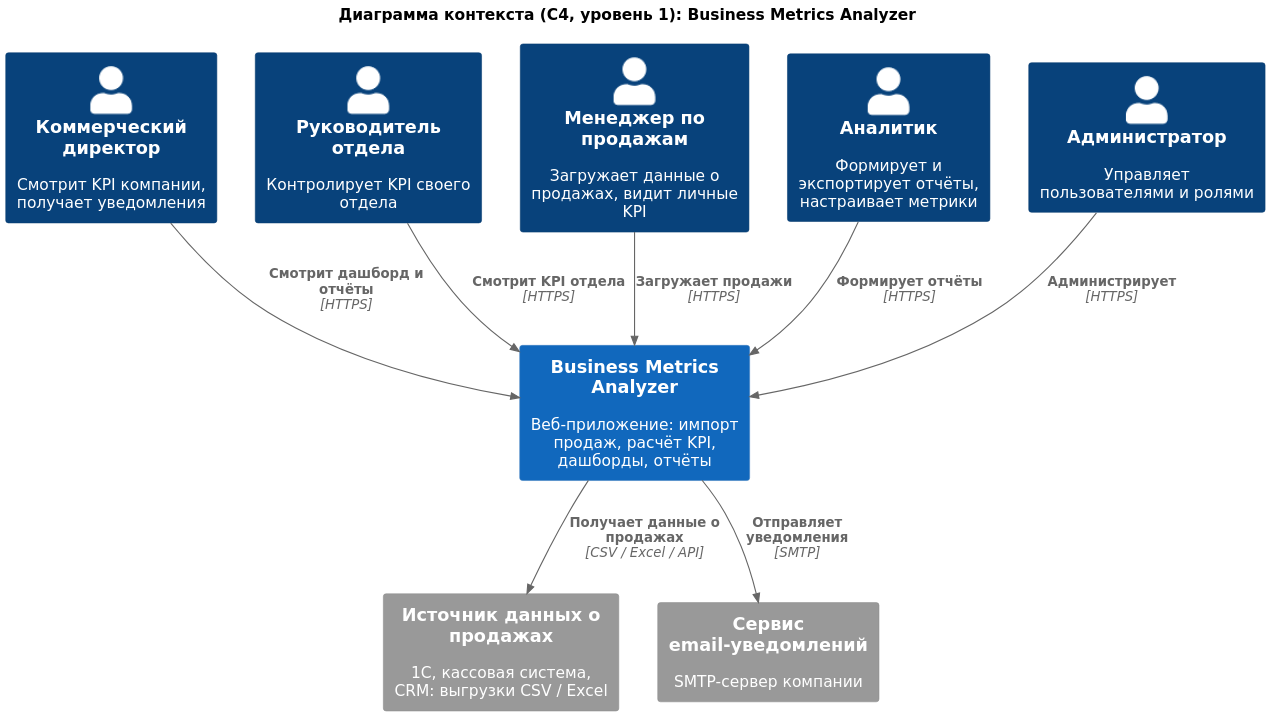
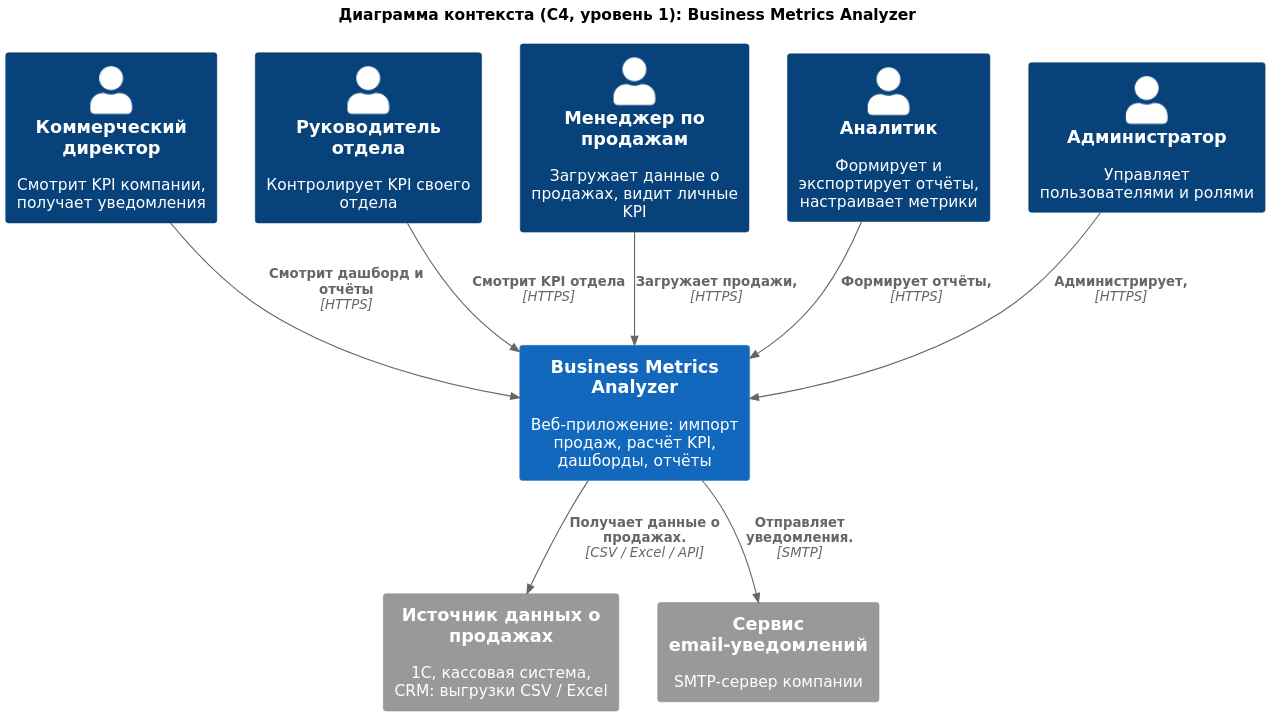
The diagram in docs/architecture/context.puml (stanislaw584/business-metrics-analyzer), drawn with PlantUML before and after one commit.

```diff
--- a/docs/architecture/context.puml
+++ b/docs/architecture/context.puml
@@ -1,30 +1,30 @@
 @startuml context
 !include <C4/C4_Context>
 
 skinparam dpi 200
 skinparam defaultFontName "DejaVu Sans"
 LAYOUT_TOP_DOWN()
 HIDE_STEREOTYPE()
 
 title Диаграмма контекста (C4, уровень 1): Business Metrics Analyzer
 
 Person(director, "Коммерческий директор", "Смотрит KPI компании, получает уведомления")
 Person(head, "Руководитель отдела", "Контролирует KPI своего отдела")
 Person(manager, "Менеджер по продажам", "Загружает данные о продажах, видит личные KPI")
 Person(analyst, "Аналитик", "Формирует и экспортирует отчёты, настраивает метрики")
 Person(admin, "Администратор", "Управляет пользователями и ролями")
 
 System(bma, "Business Metrics Analyzer", "Веб-приложение: импорт продаж, расчёт KPI, дашборды, отчёты")
 
 System_Ext(source, "Источник данных о продажах", "1С, кассовая система, CRM: выгрузки CSV / Excel")
 System_Ext(email, "Сервис email-уведомлений", "SMTP-сервер компании")
 
 Rel(director, bma, "Смотрит дашборд и отчёты", "HTTPS")
 Rel(head, bma, "Смотрит KPI отдела", "HTTPS")
-Rel(manager, bma, "Загружает продажи", "HTTPS")
-Rel(analyst, bma, "Формирует отчёты", "HTTPS")
-Rel(admin, bma, "Администрирует", "HTTPS")
+Rel(manager, bma, "Загружает продажи,", "HTTPS")
+Rel(analyst, bma, "Формирует отчёты,", "HTTPS")
+Rel(admin, bma, "Администрирует,", "HTTPS")
 
-Rel(bma, source, "Получает данные о продажах", "CSV / Excel / API")
-Rel(bma, email, "Отправляет уведомления", "SMTP")
+Rel(bma, source, "Получает данные о продажах.", "CSV / Excel / API")
+Rel(bma, email, "Отправляет уведомления.", "SMTP")
 @enduml
```
